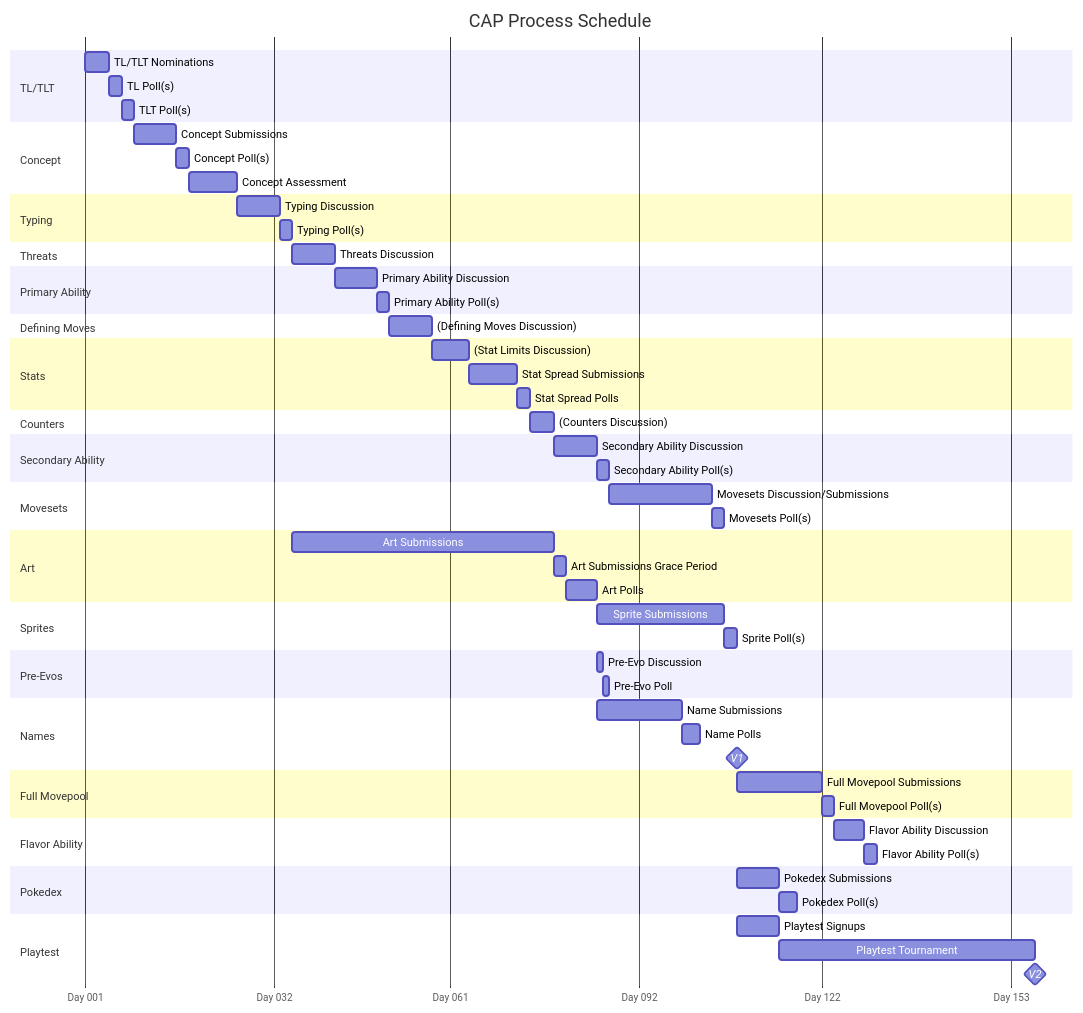
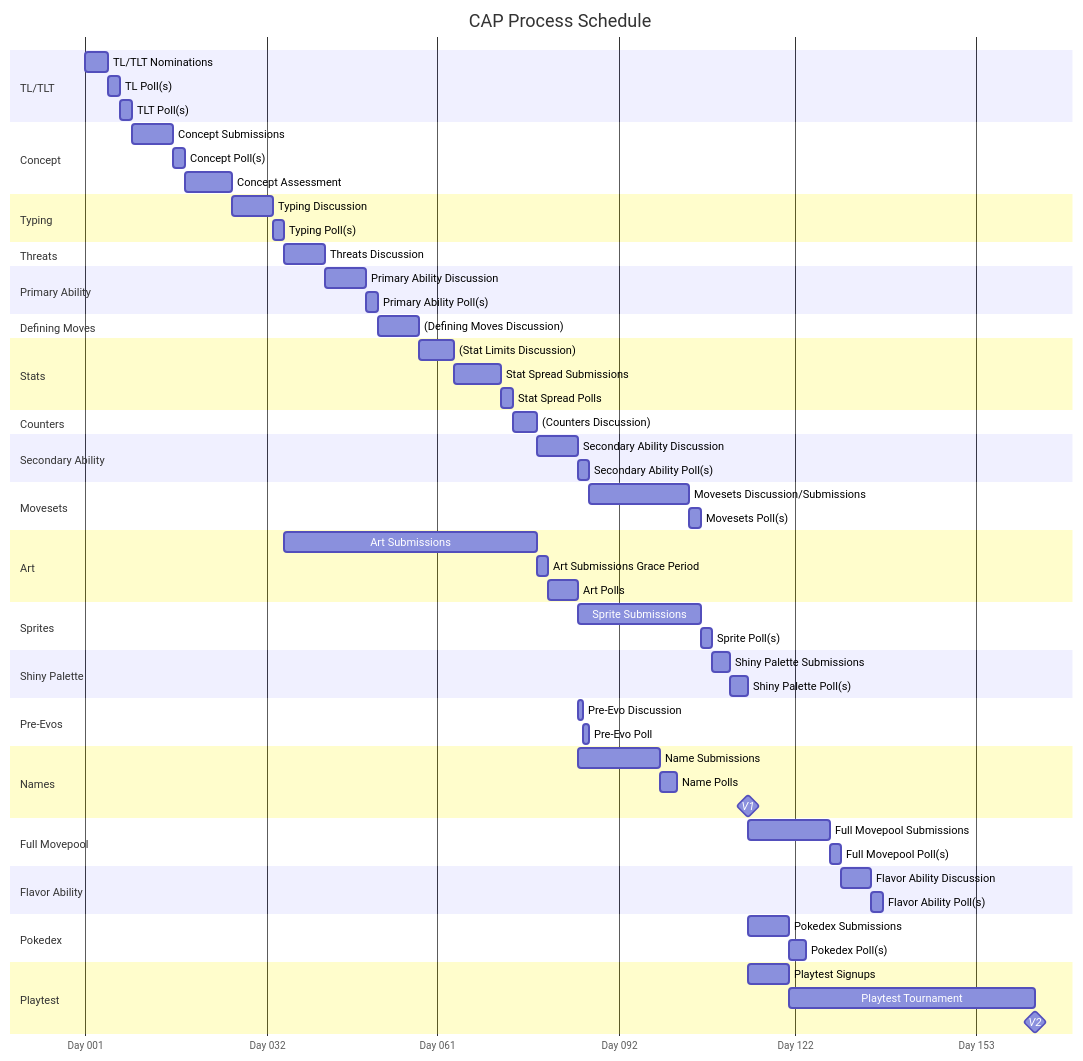
The diagram in schedule.md (Quanyails/cap-scratchpad), drawn with Mermaid before and after one commit.

Commit message:
Add Shiny Palette Submissions to CAP schedule.

```diff
--- a/schedule.md
+++ b/schedule.md
@@ -58,6 +58,10 @@
 Sprite Submissions: sprite_thread, after art_poll, 21d
 Sprite Poll(s): sprite_poll, after sprite_thread, 2d
 
+section Shiny Palette
+Shiny Palette Submissions: shiny_palette_thread, after sprite_poll, 3d
+Shiny Palette Poll(s): shiny_palette_poll, after shiny_palette_thread, 3d
+
 section Pre-Evos
 Pre-Evo Discussion: prevo_thread, after art_poll, 1d
 Pre-Evo Poll: prevo_poll, after prevo_thread, 1d
@@ -66,7 +70,7 @@
 Name Submissions: name_thread, after art_poll, 14d
 Name Polls: name_poll, after name_thread, 3d
 
-V1: milestone, v1_milestone, after movesets_poll name_poll sprite_poll, 1s
+V1: milestone, v1_milestone, after movesets_poll name_poll shiny_palette_poll sprite_poll, 1s
 
 
 %% Post-Flavor
```
